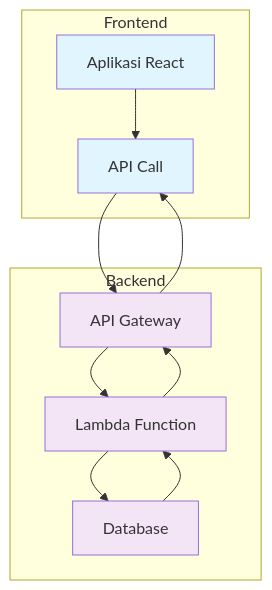
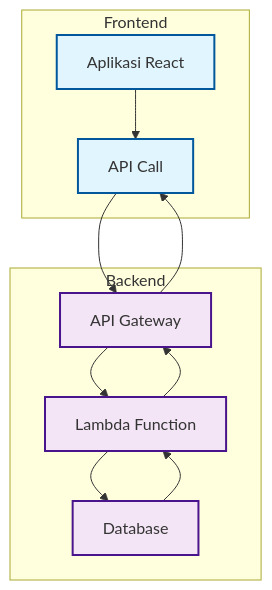
The fourth of 8 diagrams in flowcharts.mdx (alsyauqi/docs), drawn with Mermaid before and after one commit. The commit also changed other lines of this file, not shown here.

Commit message:
flowcharts

````diff
--- a/flowcharts.mdx
+++ b/flowcharts.mdx
@@ -64,22 +64,22 @@
 ```mermaid
 flowchart TB
+    classDef frontend fill:#e1f5fe,stroke:#01579b,stroke-width:2px
+    classDef backend fill:#f3e5f5,stroke:#4a148c,stroke-width:2px
+    
     subgraph "Frontend"
         A[Aplikasi React] --> B[API Call]
     end
     
     subgraph "Backend"
         C[API Gateway] --> D[Lambda Function]
         D --> E[Database]
     end
     
     B --> C
     E --> D
     D --> C
     C --> B
     
-    classDef frontend fill:#e1f5fe
-    classDef backend fill:#f3e5f5
-    
     class A,B frontend
     class C,D,E backend
 ```
````
